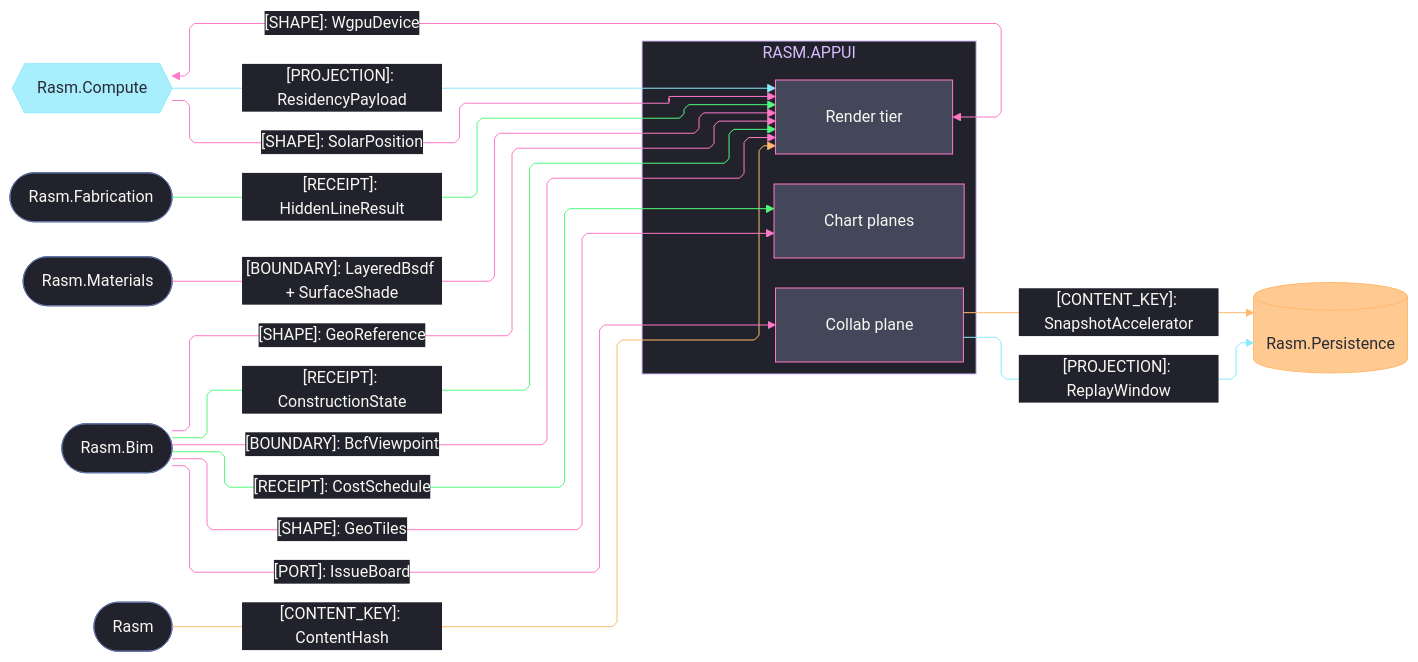
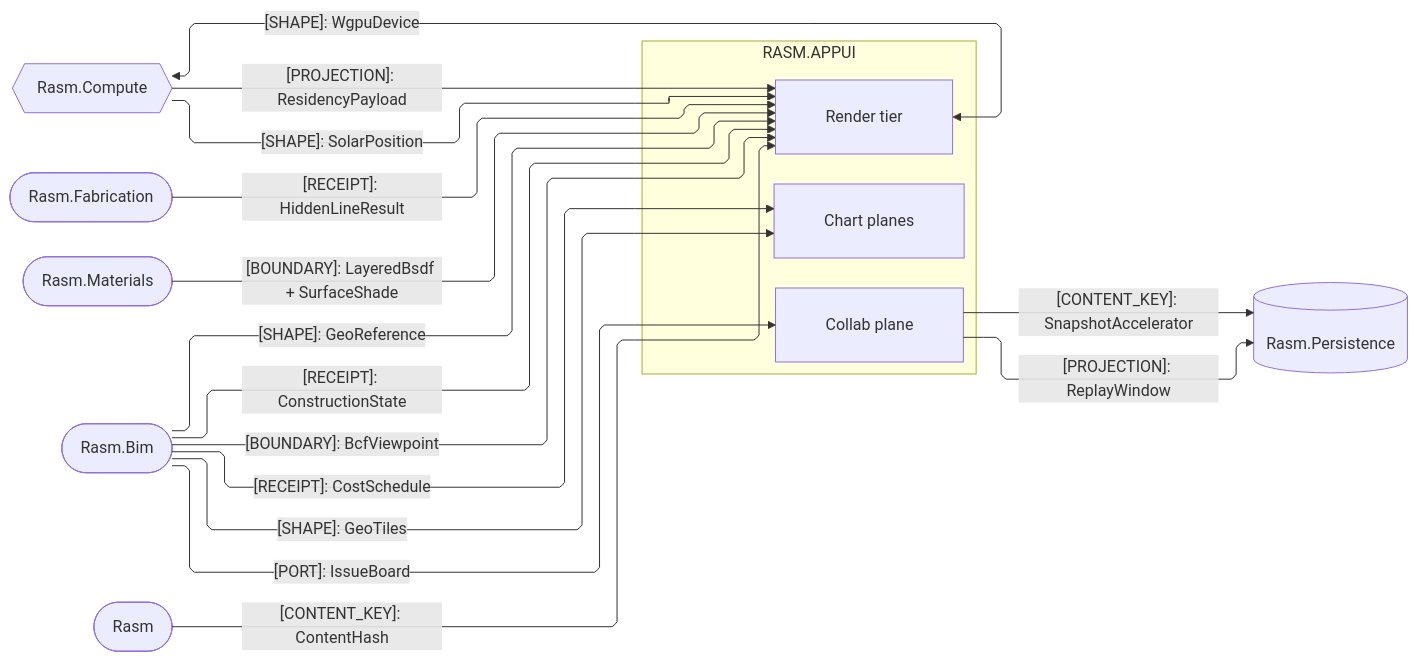
The second of 3 diagrams in libs/csharp/Rasm.AppUi/ARCHITECTURE.md (bsamiee/Rasm), drawn with Mermaid before and after one commit. The commit also changed other lines of this file and 460 other files, not shown here.

````diff
--- a/libs/csharp/Rasm.AppUi/ARCHITECTURE.md
+++ b/libs/csharp/Rasm.AppUi/ARCHITECTURE.md
@@ -147,72 +121,37 @@
 ```mermaid
 ---
 config:
-  theme: base
-  look: classic
   layout: elk
   flowchart:
     curve: linear
     padding: 25
-  themeVariables:
-    darkMode: true
-    fontFamily: "SF Mono, Menlo, Cascadia Mono, Segoe UI Mono, Consolas, monospace"
-    useGradient: false
-    dropShadow: "none"
-    background: "#282A36"
-    primaryColor: "#44475A"
-    primaryTextColor: "#F8F8F2"
-    primaryBorderColor: "#BD93F9"
-    lineColor: "#FF79C6"
-    textColor: "#F8F8F2"
-    clusterBkg: "#21222C"
-    clusterBorder: "#D6BCFA"
-    edgeLabelBackground: "#21222C"
-    labelBackgroundColor: "#21222C"
-    titleColor: "#D6BCFA"
-  themeCSS: ".nodeLabel{font-size:13px;font-weight:500}.edgeLabel{font-size:12px;font-weight:500}.cluster-label .nodeLabel{font-size:13.5px;font-weight:700;letter-spacing:.08em}.edge-thickness-normal{stroke-width:2px}.edge-thickness-thick{stroke-width:3px}.edge-pattern-dashed,.edge-pattern-dotted{stroke-width:1.5px;stroke-dasharray:4 6}.node rect,.node circle,.node polygon,.node path,.node .outer-path{stroke-width:1.5px;filter:none!important}.cluster rect{stroke-width:1px!important;stroke-dasharray:5 4!important;filter:none!important}.marker path{transform:scale(.8);transform-origin:5px 5px}.marker circle{transform:scale(.48);transform-origin:5px 5px}.edgeLabel rect{transform-box:fill-box;transform-origin:center;transform:scale(1.1,1.2)}"
 ---
 flowchart LR
     accTitle: AppUi AEC-domain, render-source, and storage seams
-    accDescr: AppUi render, chart, and collaboration owners exchanging residency projections, receipts, boundaries, content keys, and shared-device shapes with the AEC peers Compute, Fabrication, Materials, Bim, the kernel, and the Persistence store, edge rails colored by kind and nodes classed by seam direction.
+    accDescr: AppUi render, chart, and collaboration owners exchanging residency projections, receipts, boundaries, content keys, and shared-device shapes with the AEC peers Compute, Fabrication, Materials, Bim, the kernel, and the Persistence store.
     subgraph appui[RASM.APPUI]
         Render[Render tier]
         Charts[Chart planes]
         Collab[Collab plane]
     end
     Compute{{Rasm.Compute}}
     Fabrication([Rasm.Fabrication])
     Materials([Rasm.Materials])
     Bim([Rasm.Bim])
     Rasm([Rasm])
     Persistence[(Rasm.Persistence)]
-    Compute e1@-->|"[PROJECTION]: ResidencyPayload"| Render
-    Render e2@<-->|"[SHAPE]: WgpuDevice"| Compute
-    Compute e3@-->|"[SHAPE]: SolarPosition"| Render
-    Fabrication e4@-->|"[RECEIPT]: HiddenLineResult"| Render
-    Materials e5@-->|"[BOUNDARY]: LayeredBsdf + SurfaceShade"| Render
-    Rasm e6@-->|"[CONTENT_KEY]: ContentHash"| Render
-    Bim e7@-->|"[SHAPE]: GeoTiles"| Charts
-    Bim e8@-->|"[RECEIPT]: CostSchedule"| Charts
-    Bim e9@-->|"[PORT]: IssueBoard"| Collab
-    Collab e10@-->|"[PROJECTION]: ReplayWindow"| Persistence
-    Collab e11@-->|"[CONTENT_KEY]: SnapshotAccelerator"| Persistence
-    Bim e12@-->|"[RECEIPT]: ConstructionState"| Render
-    Bim e13@-->|"[BOUNDARY]: BcfViewpoint"| Render
-    Bim e14@-->|"[SHAPE]: GeoReference"| Render
-    classDef primary fill:#44475A,stroke:#FF79C6,color:#F8F8F2
-    classDef external fill:#8BE9FDBF,stroke:#8BE9FD,color:#282A36
-    classDef data fill:#FFB86CBF,stroke:#FFB86C,color:#282A36
-    classDef annotation fill:#21222C,stroke:#6272A4,color:#F8F8F2
-    classDef edgeData stroke:#FFB86C,color:#F8F8F2
-    classDef edgeSuccess stroke:#50FA7B,color:#F8F8F2
-    classDef edgeExternal stroke:#8BE9FD,color:#F8F8F2
-    classDef edgeControl stroke:#FF79C6,color:#F8F8F2
-    class Render,Charts,Collab primary
-    class Compute external
-    class Persistence data
-    class Fabrication,Materials,Bim,Rasm annotation
-    class e6,e11 edgeData
-    class e4,e8,e12 edgeSuccess
-    class e1,e10 edgeExternal
-    class e2,e3,e5,e7,e9,e13,e14 edgeControl
+    Compute -->|"[PROJECTION]: ResidencyPayload"| Render
+    Render <-->|"[SHAPE]: WgpuDevice"| Compute
+    Compute -->|"[SHAPE]: SolarPosition"| Render
+    Fabrication -->|"[RECEIPT]: HiddenLineResult"| Render
+    Materials -->|"[BOUNDARY]: LayeredBsdf + SurfaceShade"| Render
+    Rasm -->|"[CONTENT_KEY]: ContentHash"| Render
+    Bim -->|"[SHAPE]: GeoTiles"| Charts
+    Bim -->|"[RECEIPT]: CostSchedule"| Charts
+    Bim -->|"[PORT]: IssueBoard"| Collab
+    Collab -->|"[PROJECTION]: ReplayWindow"| Persistence
+    Collab -->|"[CONTENT_KEY]: SnapshotAccelerator"| Persistence
+    Bim -->|"[RECEIPT]: ConstructionState"| Render
+    Bim -->|"[BOUNDARY]: BcfViewpoint"| Render
+    Bim -->|"[SHAPE]: GeoReference"| Render
 ```
````
